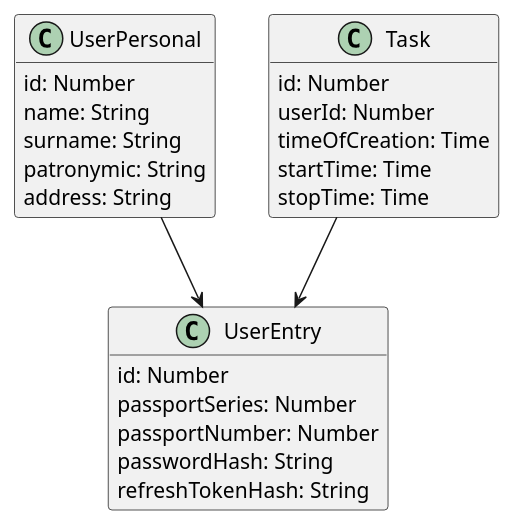
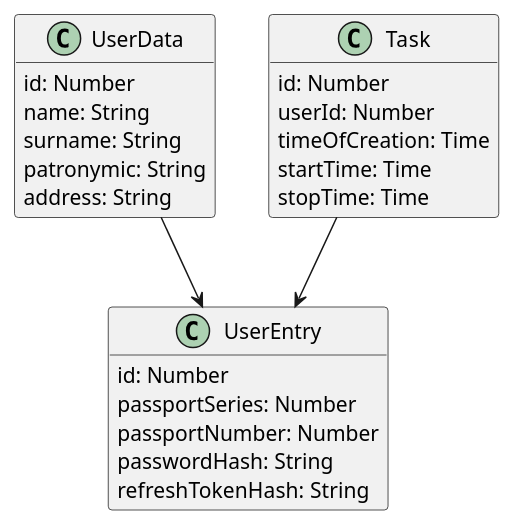
Before and after one commit to Leartiz/work_challenges: the diagram in home/go/jun/wc2/docs/diagrams/domain.wsd, drawn with PlantUML. The commit also changed 18 other files, not shown here.

```diff
--- a/home/go/jun/wc2/docs/diagrams/domain.wsd
+++ b/home/go/jun/wc2/docs/diagrams/domain.wsd
@@ -1,33 +1,39 @@
 @startuml domain
 
 hide empty methods
 hide empty fields
+
+' nodes
+' -----------------------------------------------
 
 class UserEntry {
     id: Number
     passportSeries: Number
     passportNumber: Number
     passwordHash: String
     refreshTokenHash: String
 }
 
-class UserPersonal {
+class UserData {
     id: Number
     name: String
     surname: String
     patronymic: String
     address: String
 }
 
 class Task {
     id: Number
     userId: Number
     timeOfCreation: Time
     startTime: Time
     stopTime: Time
 }
 
-UserPersonal --> UserEntry
+' edges
+' -----------------------------------------------
+
+UserData --> UserEntry
 Task --> UserEntry
 
 @enduml
```
